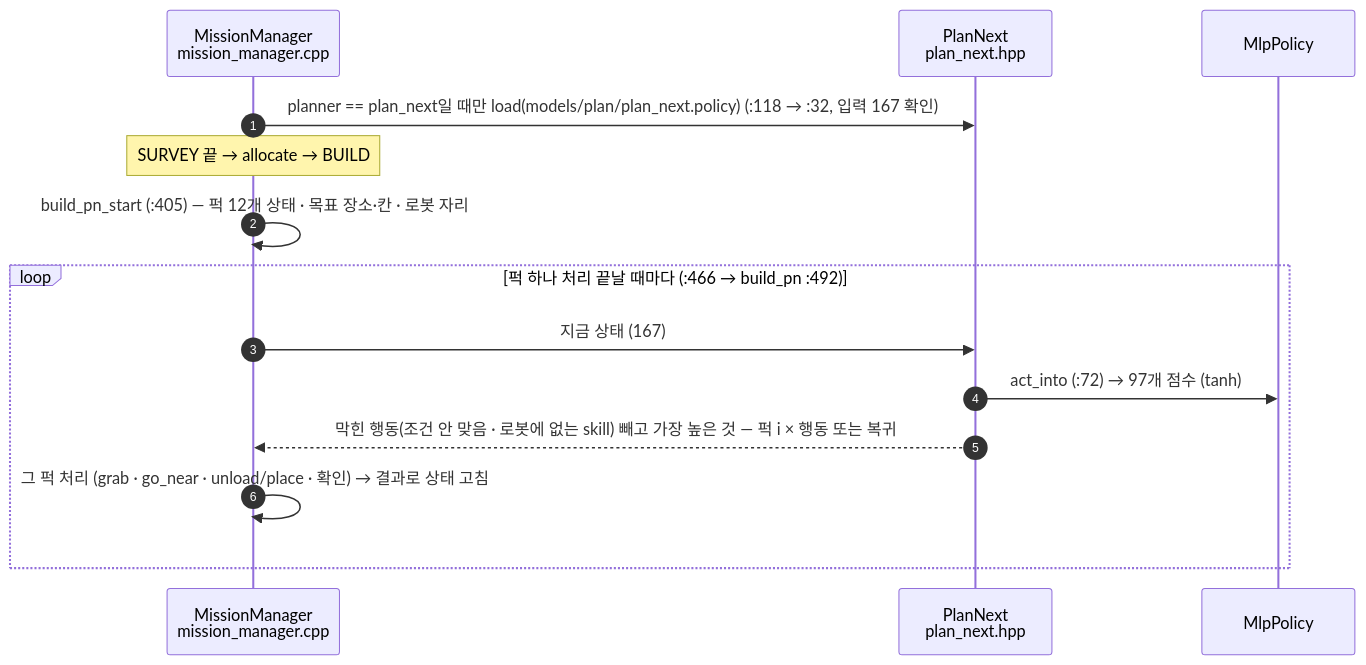
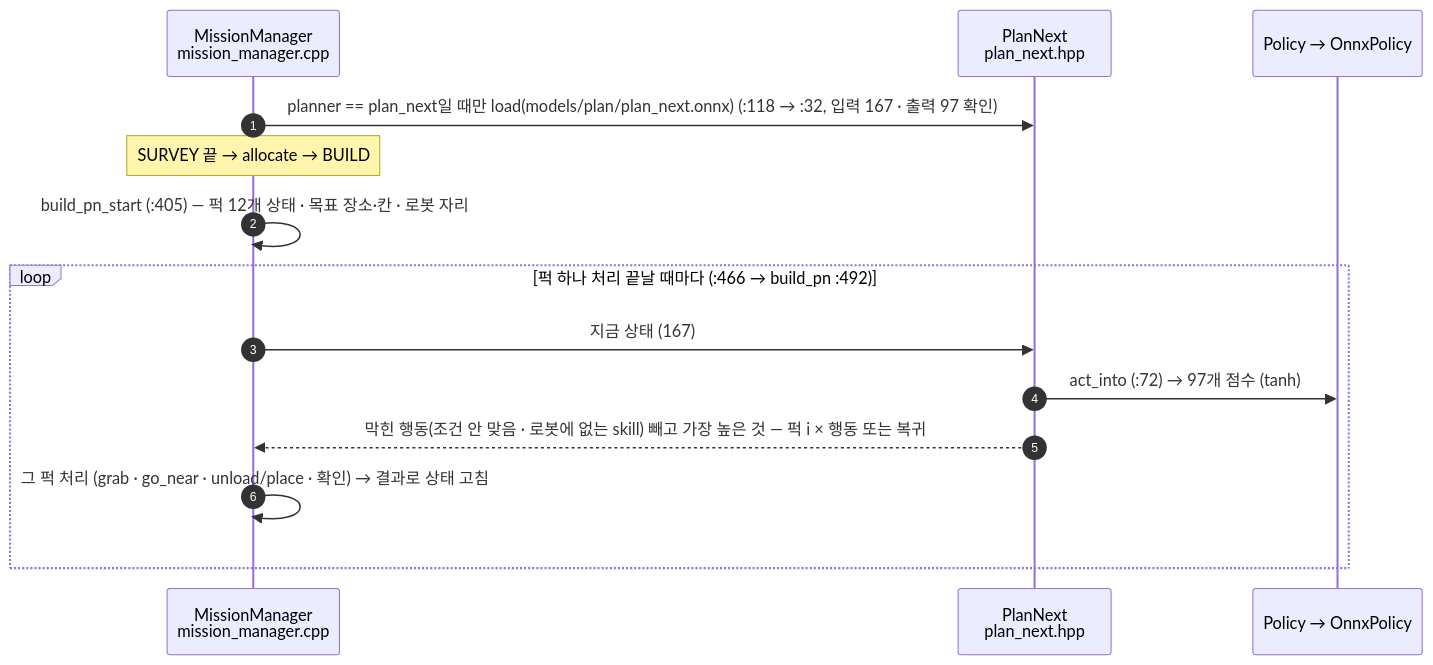
Before and after one commit to JuneKunst/JuneKunst.github.io: the seventh of 7 diagrams in bee/policy-runtime.md, drawn with Mermaid. The commit also changed other lines of this file and 3 other files, not shown here.

Commit message:
bee: PR #97 적용 기준으로 — 정책 실행 순서 페이지를 ml::Policy · OnnxPolicy 순서도로 · 지금 구조 기준 줄

````diff
--- a/bee/policy-runtime.md
+++ b/bee/policy-runtime.md
@@ -234,16 +243,16 @@
 ```mermaid
 sequenceDiagram
   autonumber
   participant MM as MissionManager<br/>mission_manager.cpp
   participant PN as PlanNext<br/>plan_next.hpp
-  participant MP as MlpPolicy
-  MM->>PN: planner == plan_next일 때만 load(models/plan/plan_next.policy) (:118 → :32, 입력 167 확인)
+  participant MP as Policy → OnnxPolicy
+  MM->>PN: planner == plan_next일 때만 load(models/plan/plan_next.onnx) (:118 → :32, 입력 167 · 출력 97 확인)
   Note over MM: SURVEY 끝 → allocate → BUILD
   MM->>MM: build_pn_start (:405) — 퍽 12개 상태 · 목표 장소·칸 · 로봇 자리
   loop 퍽 하나 처리 끝날 때마다 (:466 → build_pn :492)
     MM->>PN: 지금 상태 (167)
     PN->>MP: act_into (:72) → 97개 점수 (tanh)
     PN-->>MM: 막힌 행동(조건 안 맞음 · 로봇에 없는 skill) 빼고 가장 높은 것 — 퍽 i × 행동 또는 복귀
     MM->>MM: 그 퍽 처리 (grab · go_near · unload/place · 확인) → 결과로 상태 고침
   end
 ```
````
